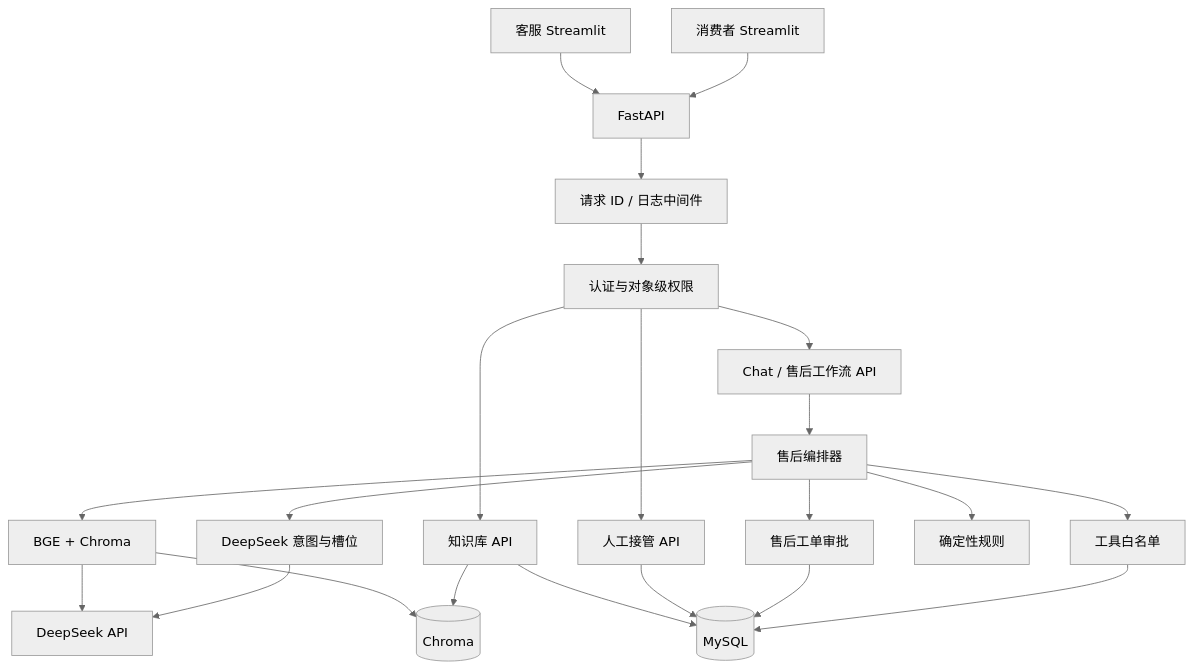
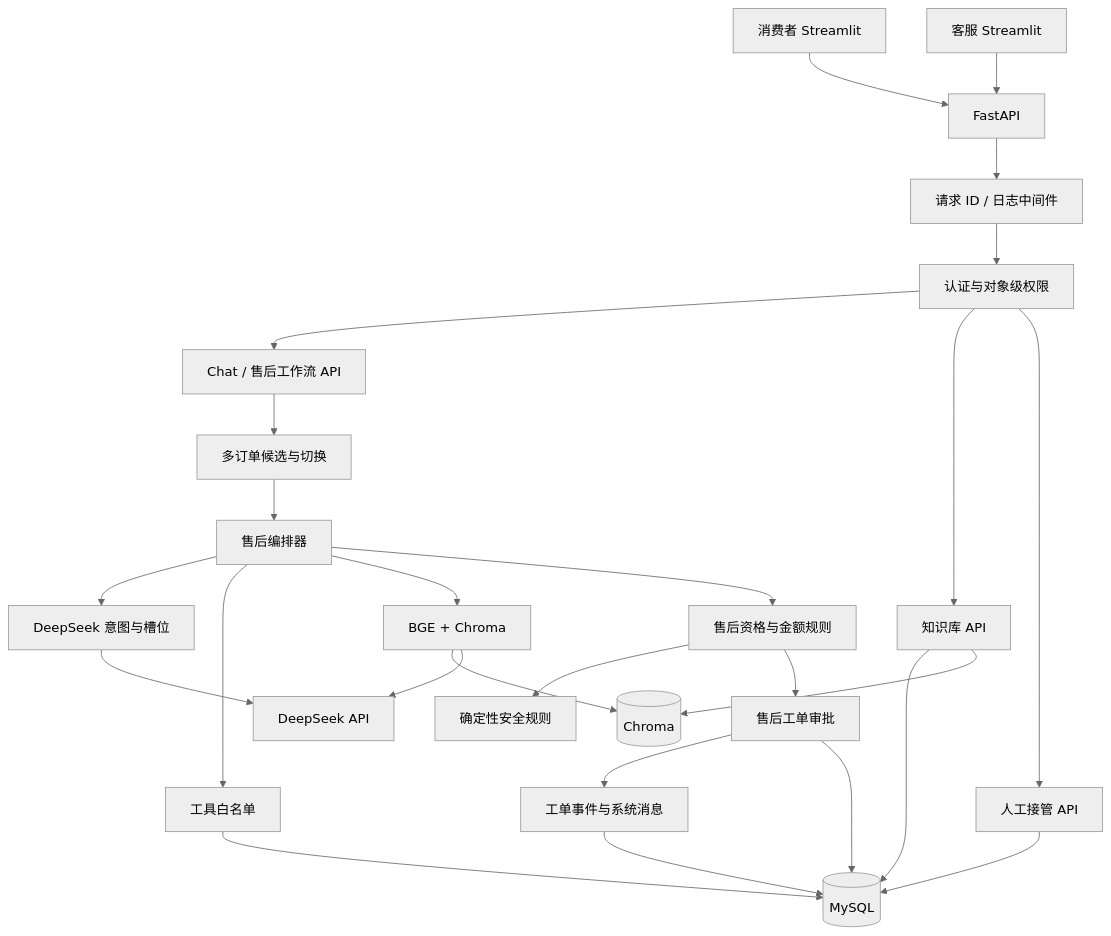
The first of 6 diagrams in docs/ARCHITECTURE.md (user-liniubi/smartshop), drawn with Mermaid (neutral theme) before and after one commit. The commit also changed other lines of this file and 53 other files, not shown here.

````diff
--- a/docs/ARCHITECTURE.md
+++ b/docs/ARCHITECTURE.md
@@ -8,27 +8,31 @@
 ```mermaid
 graph TB
     Consumer[消费者 Streamlit] --> API[FastAPI]
     SupportUI[客服 Streamlit] --> API
 
     API --> Request[请求 ID / 日志中间件]
     Request --> Auth[认证与对象级权限]
     Auth --> Chat[Chat / 售后工作流 API]
     Auth --> Knowledge[知识库 API]
     Auth --> Handoff[人工接管 API]
 
-    Chat --> Orchestrator[售后编排器]
+    Chat --> OrderContext[多订单候选与切换]
+    OrderContext --> Orchestrator[售后编排器]
     Orchestrator --> Intent[DeepSeek 意图与槽位]
     Orchestrator --> Tools[工具白名单]
     Orchestrator --> RAG[BGE + Chroma]
-    Orchestrator --> Rules[确定性规则]
+    Orchestrator --> Eligibility[售后资格与金额规则]
+    Eligibility --> Rules[确定性安全规则]
 
     Tools --> MySQL[(MySQL)]
-    Orchestrator --> Tickets[售后工单审批]
+    Eligibility --> Tickets[售后工单审批]
+    Tickets --> Events[工单事件与系统消息]
+    Events --> MySQL
     Tickets --> MySQL
     Handoff --> MySQL
     Knowledge --> MySQL
     Knowledge --> Chroma[(Chroma)]
     RAG --> Chroma
     Intent --> DeepSeek[DeepSeek API]
     RAG --> DeepSeek
 ```
````
